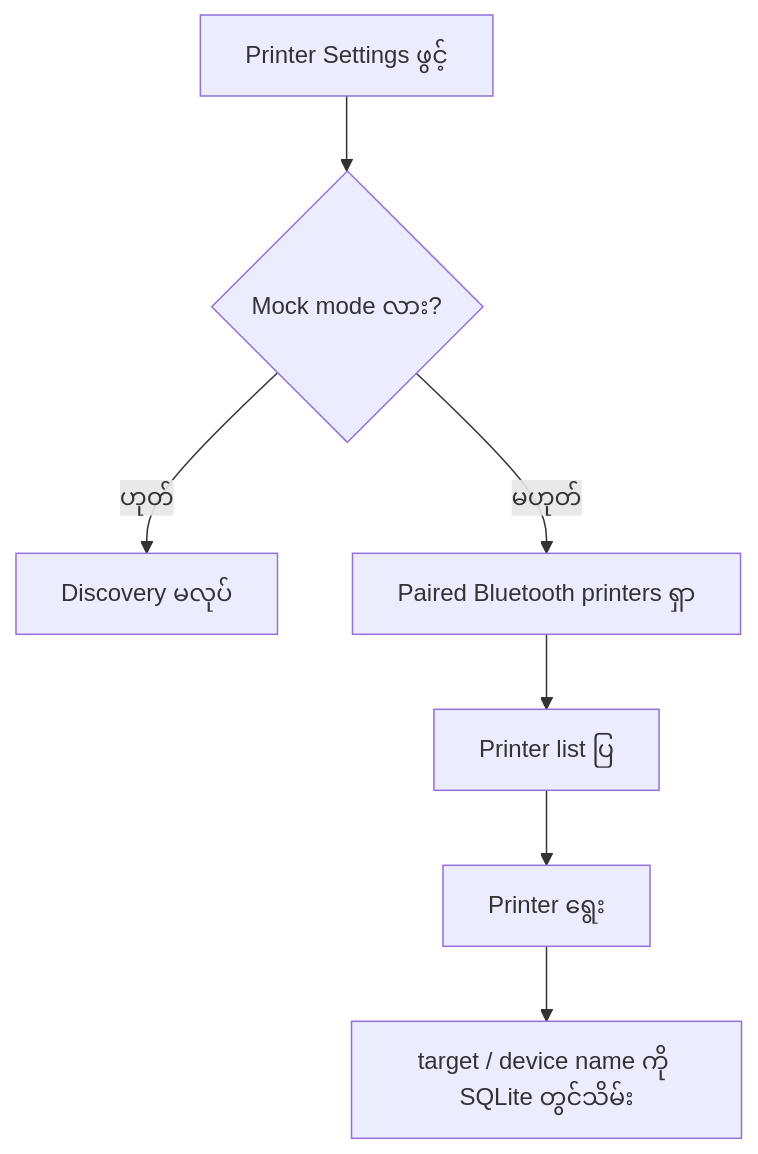
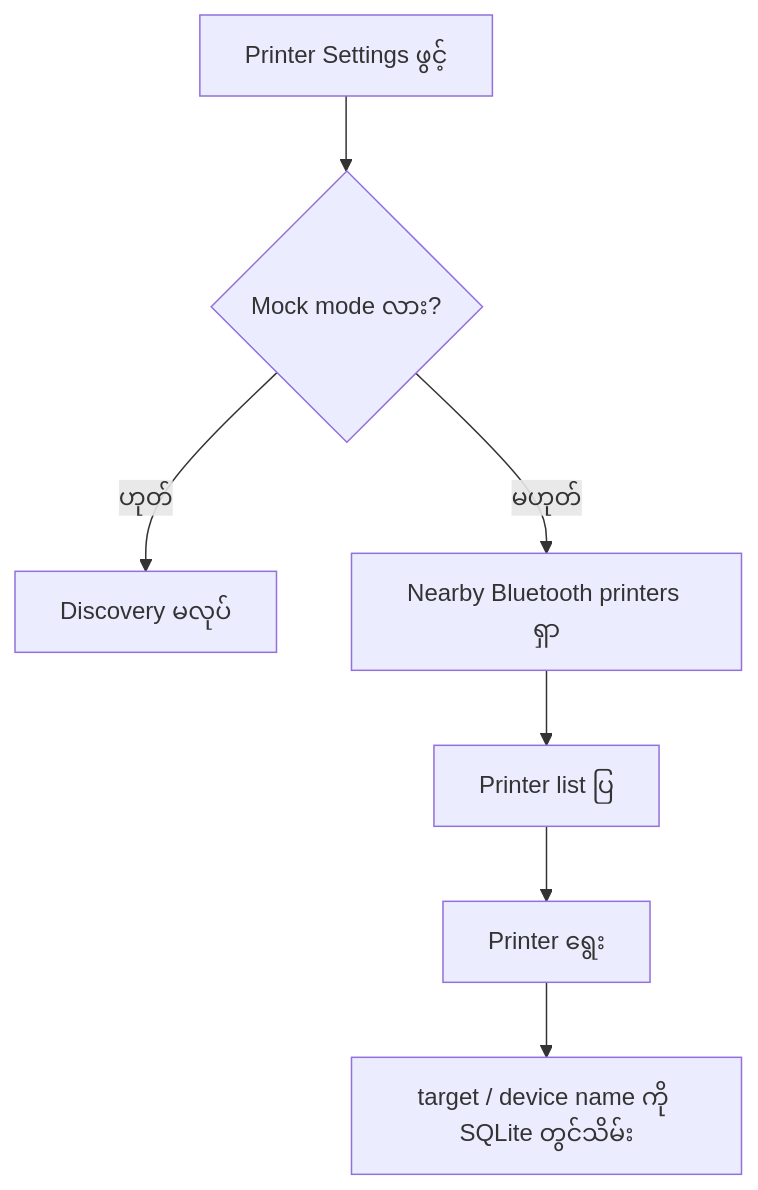
One commit to Saw-Kyaw-Myint-SKM/AIS-Pos changed the first of 2 diagrams in doc/printer-logic.md. Above: the diagram before and after it, drawn with Mermaid. The commit also changed other lines of this file and 11 other files, not shown here.

````diff
--- a/doc/printer-logic.md
+++ b/doc/printer-logic.md
@@ -52,9 +52,9 @@
 ```mermaid
 flowchart TD
   A[Printer Settings ဖွင့်] --> B{Mock mode လား?}
   B -->|ဟုတ်| C[Discovery မလုပ်]
-  B -->|မဟုတ်| D[Paired Bluetooth printers ရှာ]
+  B -->|မဟုတ်| D[Nearby Bluetooth printers ရှာ]
   D --> E[Printer list ပြ]
   E --> F[Printer ရွေး]
   F --> G[target / device name ကို SQLite တွင်သိမ်း]
 ```
````
